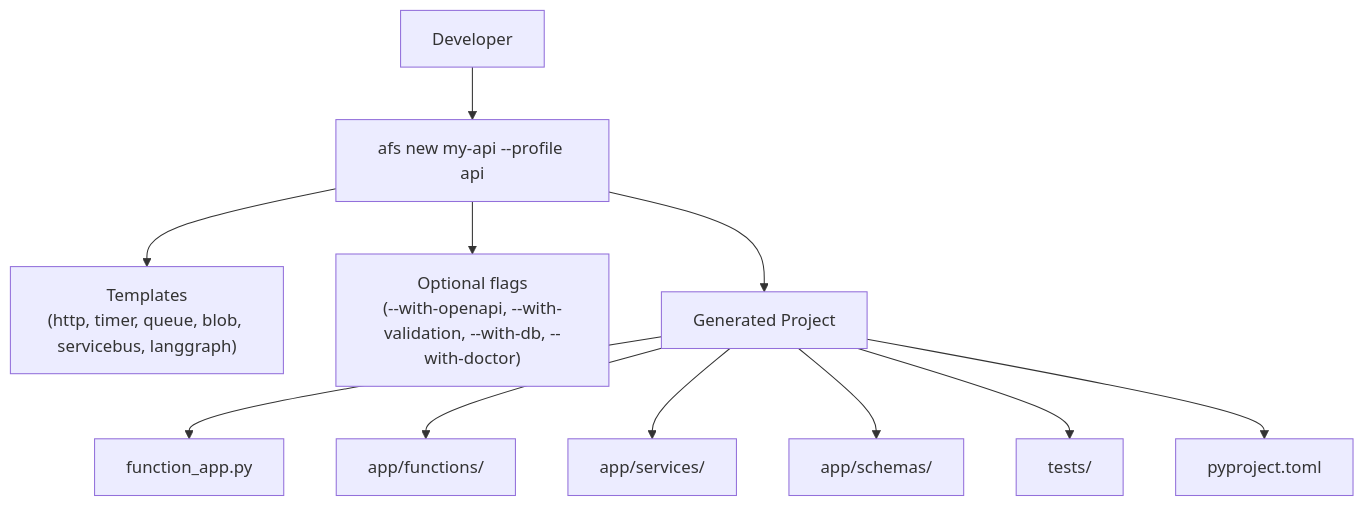
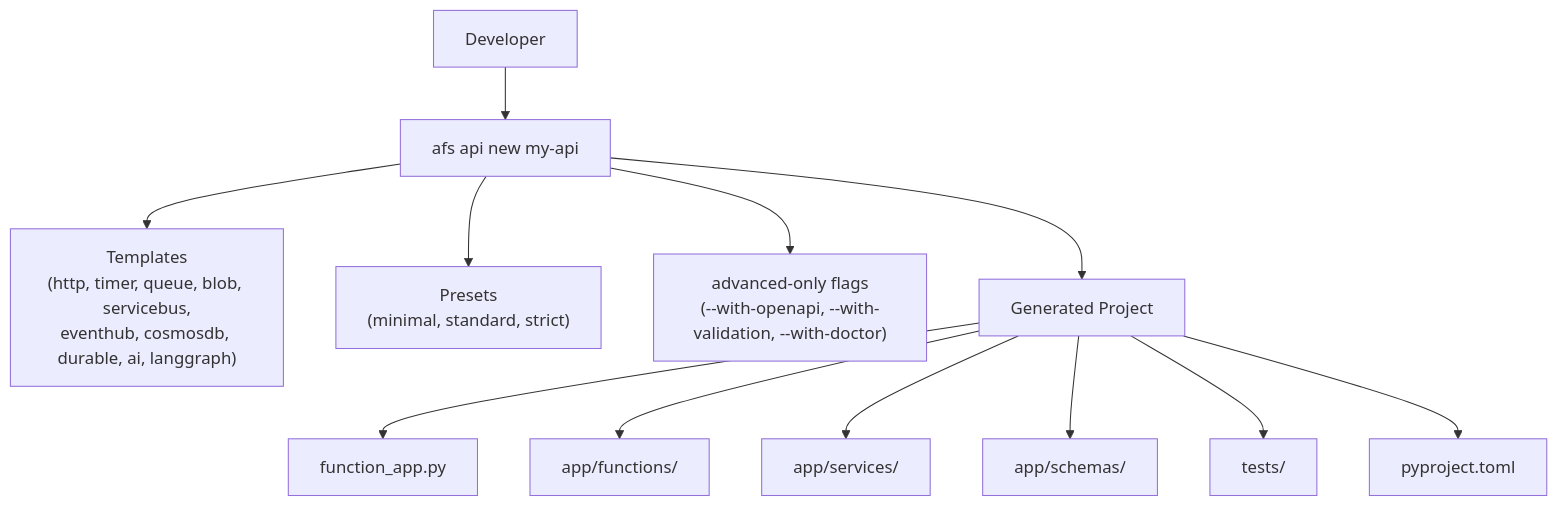
Before and after one commit to yeongseon/azure-functions-cookbook-python: the diagram in docs/guides/scaffold-quick-start.md, drawn with Mermaid. The commit also changed other lines of this file and 32 other files, not shown here.

````diff
--- a/docs/guides/scaffold-quick-start.md
+++ b/docs/guides/scaffold-quick-start.md
@@ -18,13 +33,14 @@
 ```mermaid
 flowchart TD
-    developer[Developer] --> command["afs new my-api --profile api"]
-    command --> templates["Templates\n(http, timer, queue, blob, servicebus, langgraph)"]
-    command --> flags["Optional flags\n(--with-openapi, --with-validation, --with-db, --with-doctor)"]
+    developer[Developer] --> command["afs api new my-api"]
+    command --> templates["Templates\n(http, timer, queue, blob, servicebus,\neventhub, cosmosdb, durable, ai, langgraph)"]
+    command --> presets["Presets\n(minimal, standard, strict)"]
+    command --> flags["advanced-only flags\n(--with-openapi, --with-validation, --with-doctor)"]
     command --> project[Generated Project]
     project --> entry[function_app.py]
     project --> functions[app/functions/]
     project --> services[app/services/]
     project --> schemas[app/schemas/]
     project --> tests[tests/]
     project --> pyproject[pyproject.toml]
 ```
````
